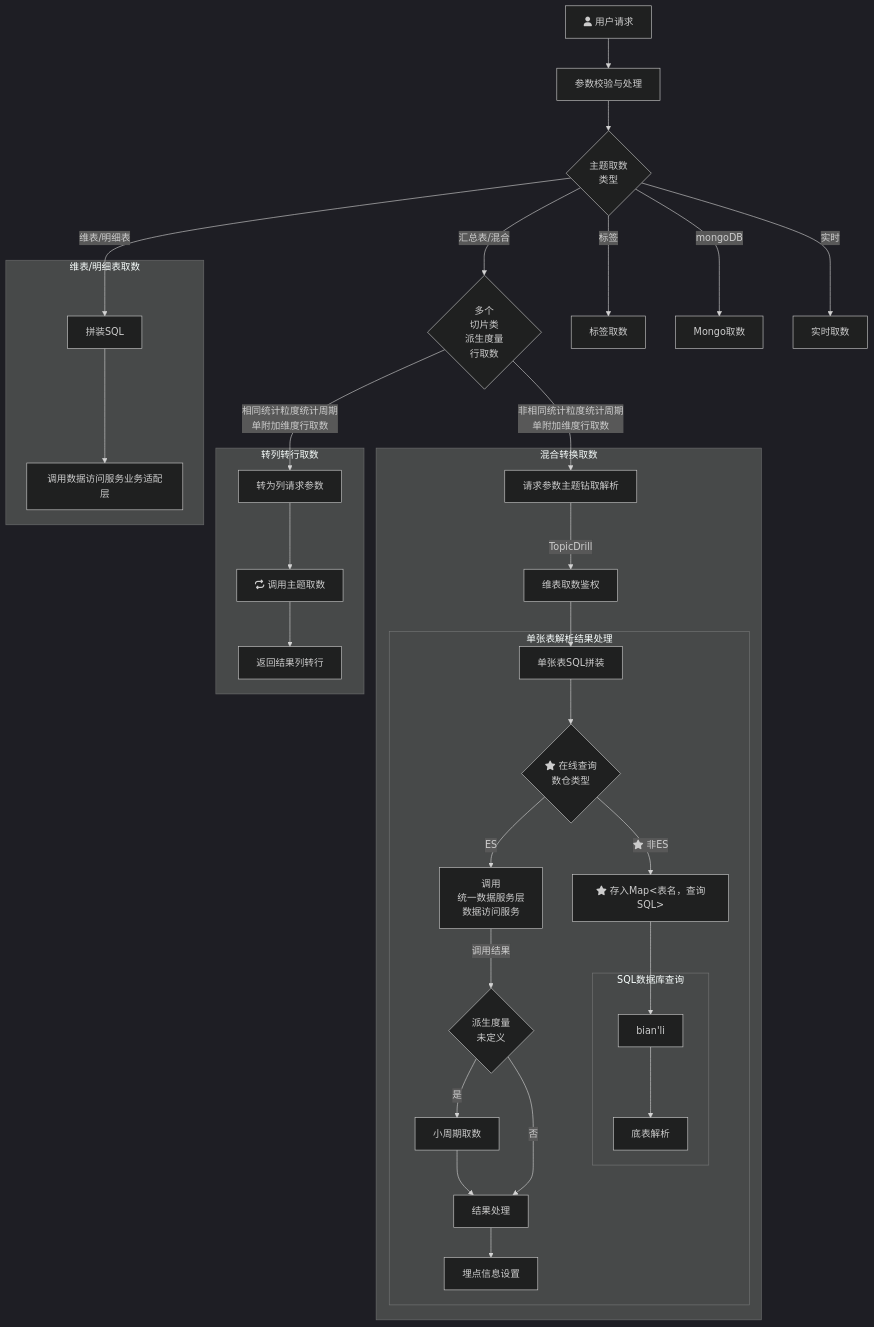
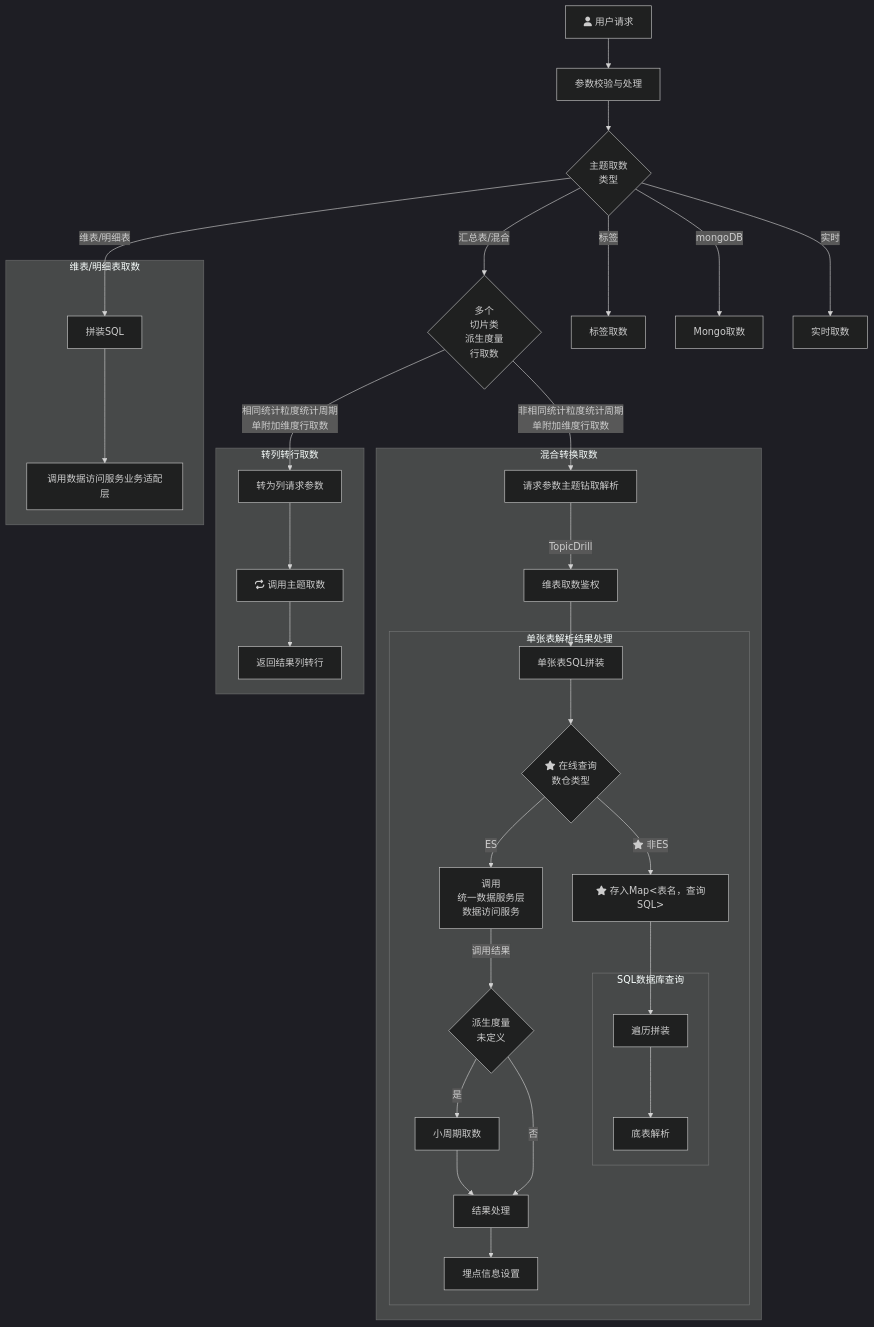
The diagram in all/未命名.md (yanglosm/iodraw-files), drawn with Mermaid (dark theme) before and after one commit.

Commit message:
2024-11-29 19:33:37 update

````diff
--- a/all/未命名.md
+++ b/all/未命名.md
@@ -1,30 +1,30 @@
 ```mermaid
 flowchart TD
     A[fa:fa-user 用户请求] -->A1[参数校验与处理] --> B{主题取数\n类型}
     B -->|维表/明细表| D[拼装SQL]
     B -->|汇总表/混合| E{多个\n切片类\n派生度量\n行取数}
     B -->|标签| F[标签取数]
     B -->|mongoDB| G[Mongo取数]
     B -->|实时| H[实时取数]
     E -->|相同统计粒度统计周期\n单附加维度行取数| E1[转为列请求参数]
     E -->|非相同统计粒度统计周期\n单附加维度行取数| T1[请求参数主题钻取解析]
     subgraph 维表/明细表取数
     D-->D1[调用数据访问服务业务适配层]
     end
     subgraph 转列转行取数
     E1-->E11[fa:fa-repeat 调用主题取数]-->E12[返回结果列转行]
     end
     subgraph 混合转换取数
     T1-->|TopicDrill| T2[维表取数鉴权] --> T31[单张表SQL拼装]
         subgraph 单张表解析结果处理
         T31 --> T4{fa:fa-star 在线查询\n数仓类型}-->|ES|T32[调用\n统一数据服务层\n数据访问服务] --> |调用结果|T33{派生度量\n未定义}
         T33 --> |是|T33_1[小周期取数]-->T34[结果处理]-->T35[埋点信息设置]
         T33 --> |否|T34
         T4 --> |fa:fa-star 非ES|T41["fa:fa-star 存入Map<表名，查询SQL>"]
-        T41 --> T42[bian'li]
+        T41 --> T42[遍历拼装]
             subgraph SQL数据库查询
             T42 --> M1[底表解析]
             end
         end
     end
 ```
````
